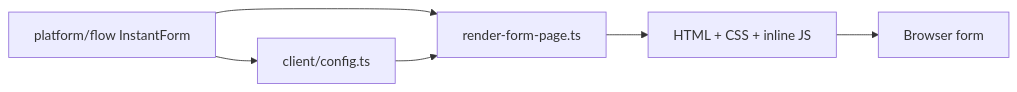
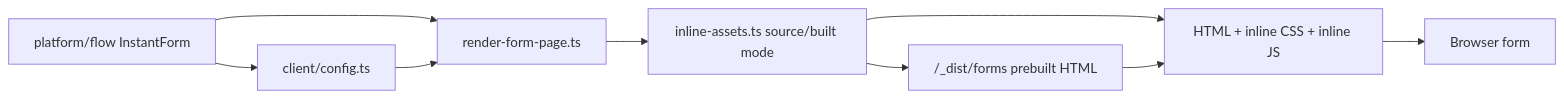
Before and after one commit to fassone/instant-forms: the diagram in src/platform/rendering/README.md, drawn with Mermaid. The commit also changed other lines of this file and 20 other files, not shown here.

````diff
--- a/src/platform/rendering/README.md
+++ b/src/platform/rendering/README.md
@@ -7,8 +7,11 @@
 ```mermaid
 flowchart LR
   Flow["platform/flow InstantForm"] --> Config["client/config.ts"]
   Flow --> Page["render-form-page.ts"]
   Config --> Page
-  Page --> HTML["HTML + CSS + inline JS"]
+  Page --> Assets["inline-assets.ts source/built mode"]
+  Assets --> Dist["/_dist/forms prebuilt HTML"]
+  Assets --> HTML["HTML + inline CSS + inline JS"]
+  Dist --> HTML
   HTML --> Browser["Browser form"]
 ```
````
